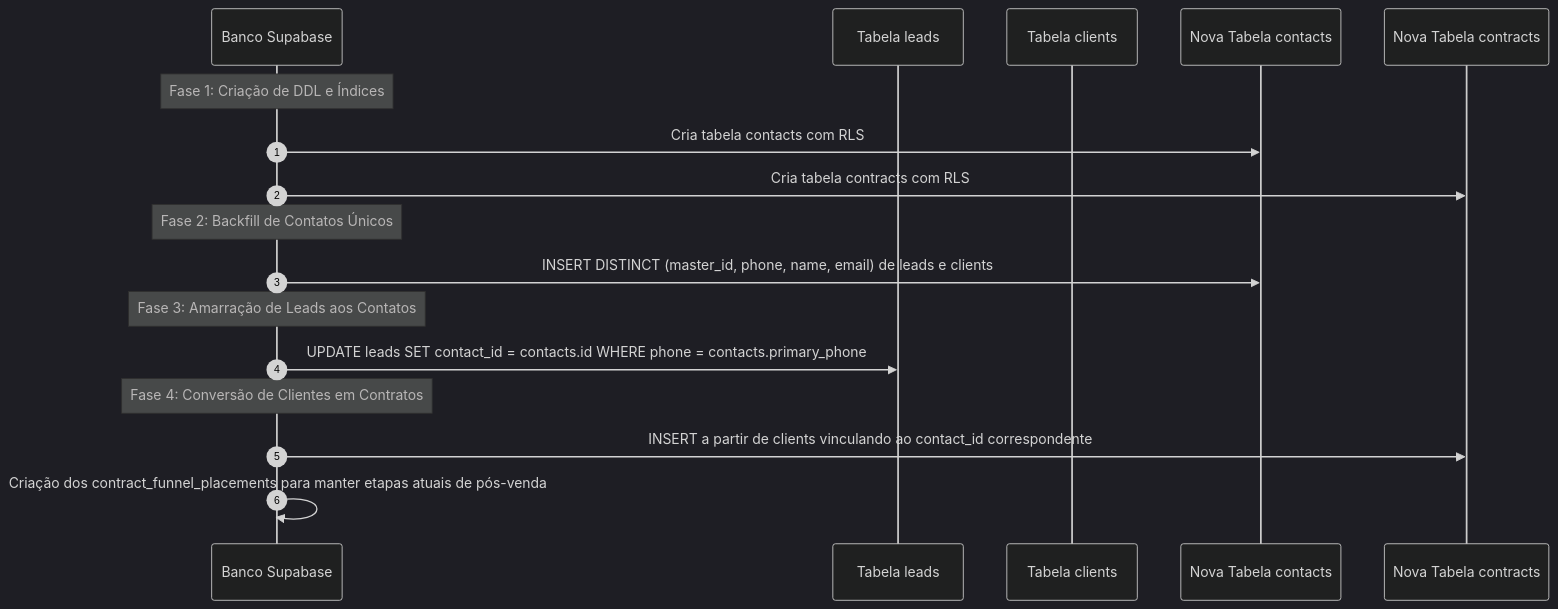
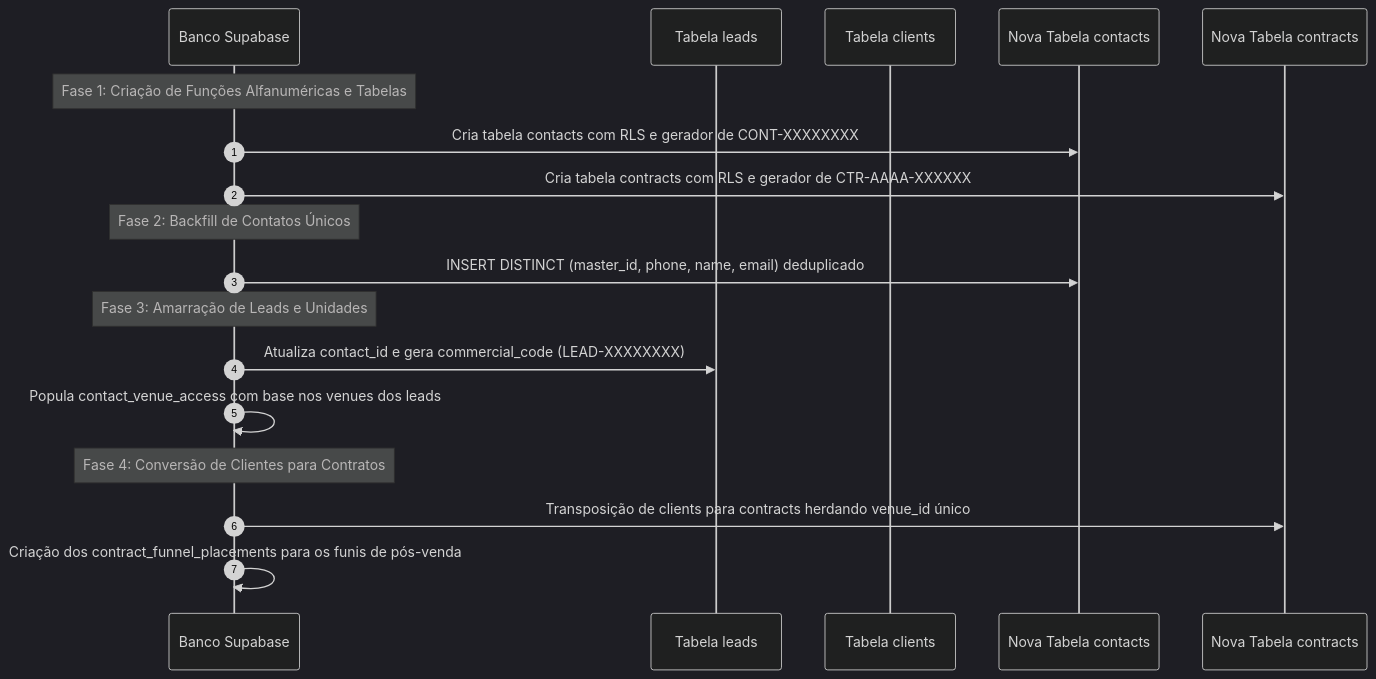
One commit to bonomofestas-web/Bonomo changed the second of 3 diagrams in docs/PLANO_ACAO_CENTRAL_CONTATOS_E_CONTRATOS.md. Above: the diagram before and after it, drawn with Mermaid (dark theme). The commit also changed other lines of this file, not shown here.

Commit message:
docs: update action plan with base36 codes, approval table rules and venue isolation

````diff
--- a/docs/PLANO_ACAO_CENTRAL_CONTATOS_E_CONTRATOS.md
+++ b/docs/PLANO_ACAO_CENTRAL_CONTATOS_E_CONTRATOS.md
@@ -371,23 +368,24 @@
 ```mermaid
 sequenceDiagram
     autonumber
     participant DB as Banco Supabase
     participant Leads as Tabela leads
     participant Clients as Tabela clients
     participant Contacts as Nova Tabela contacts
     participant Contracts as Nova Tabela contracts
 
-    Note over DB: Fase 1: Criação de DDL e Índices
-    DB->>Contacts: Cria tabela contacts com RLS
-    DB->>Contracts: Cria tabela contracts com RLS
+    Note over DB: Fase 1: Criação de Funções Alfanuméricas e Tabelas
+    DB->>Contacts: Cria tabela contacts com RLS e gerador de CONT-XXXXXXXX
+    DB->>Contracts: Cria tabela contracts com RLS e gerador de CTR-AAAA-XXXXXX
 
     Note over DB: Fase 2: Backfill de Contatos Únicos
-    DB->>Contacts: INSERT DISTINCT (master_id, phone, name, email) de leads e clients
+    DB->>Contacts: INSERT DISTINCT (master_id, phone, name, email) deduplicado
     
-    Note over DB: Fase 3: Amarração de Leads aos Contatos
-    DB->>Leads: UPDATE leads SET contact_id = contacts.id WHERE phone = contacts.primary_phone
+    Note over DB: Fase 3: Amarração de Leads e Unidades
+    DB->>Leads: Atualiza contact_id e gera commercial_code (LEAD-XXXXXXXX)
+    DB->>DB: Popula contact_venue_access com base nos venues dos leads
 
-    Note over DB: Fase 4: Conversão de Clientes em Contratos
-    DB->>Contracts: INSERT a partir de clients vinculando ao contact_id correspondente
-    DB->>DB: Criação dos contract_funnel_placements para manter etapas atuais de pós-venda
+    Note over DB: Fase 4: Conversão de Clientes para Contratos
+    DB->>Contracts: Transposição de clients para contracts herdando venue_id único
+    DB->>DB: Criação dos contract_funnel_placements para os funis de pós-venda
 ```
````
